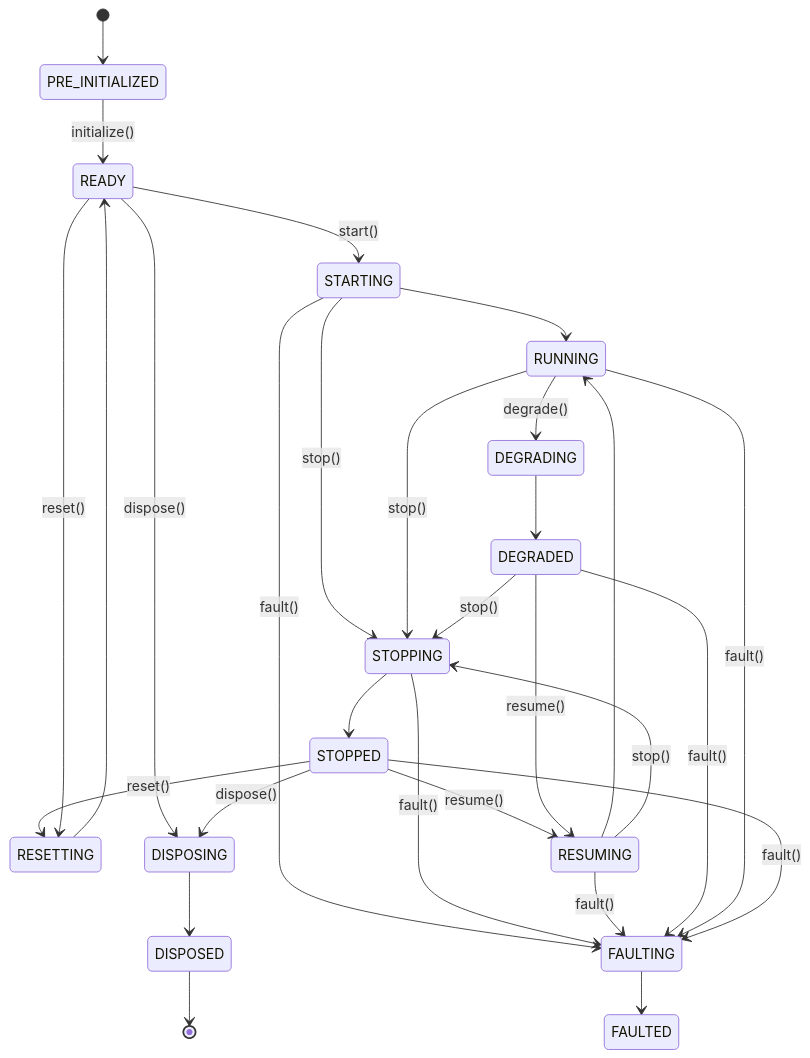
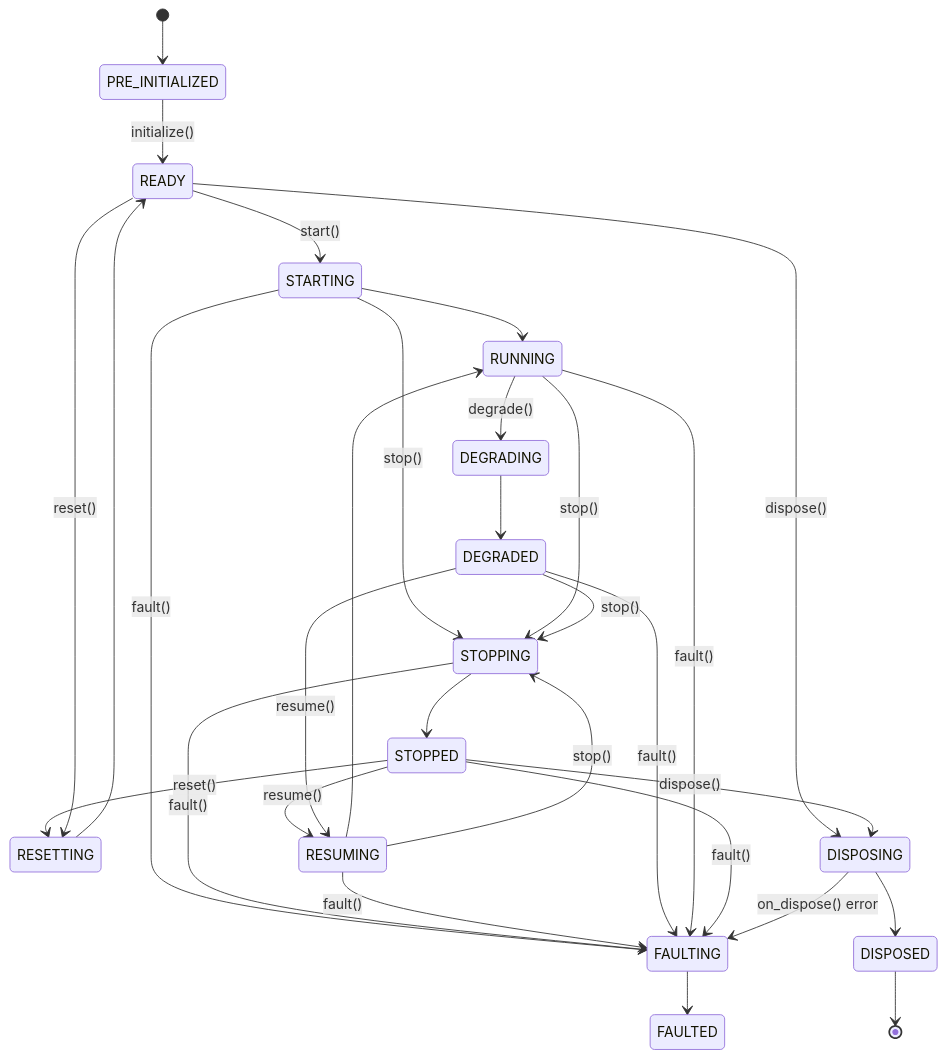
One commit to nautechsystems/nautilus_trader changed the fourth of 7 diagrams in docs/concepts/architecture.md. Above: the diagram before and after it, drawn with Mermaid. The commit also changed other lines of this file and 2 other files, not shown here.

````diff
--- a/docs/concepts/architecture.md
+++ b/docs/concepts/architecture.md
@@ -405,41 +405,42 @@
 ```mermaid
 stateDiagram-v2
     [*] --> PRE_INITIALIZED
 
     PRE_INITIALIZED --> READY : initialize()
 
     READY --> STARTING : start()
     STARTING --> RUNNING
     STARTING --> STOPPING : stop()
     STARTING --> FAULTING : fault()
 
     RUNNING --> STOPPING : stop()
     STOPPING --> STOPPED
     STOPPING --> FAULTING : fault()
 
     STOPPED --> RESETTING : reset()
     RESETTING --> READY
 
     STOPPED --> RESUMING : resume()
     DEGRADED --> RESUMING : resume()
     RESUMING --> RUNNING
     RESUMING --> STOPPING : stop()
     RESUMING --> FAULTING : fault()
 
     RUNNING --> DEGRADING : degrade()
     DEGRADING --> DEGRADED
 
     DEGRADED --> STOPPING : stop()
     DEGRADED --> FAULTING : fault()
 
     RUNNING --> FAULTING : fault()
     STOPPED --> FAULTING : fault()
     FAULTING --> FAULTED
 
     READY --> RESETTING : reset()
     READY --> DISPOSING : dispose()
     STOPPED --> DISPOSING : dispose()
     DISPOSING --> DISPOSED
+    DISPOSING --> FAULTING : on_dispose() error
 
     DISPOSED --> [*]
 ```
````
